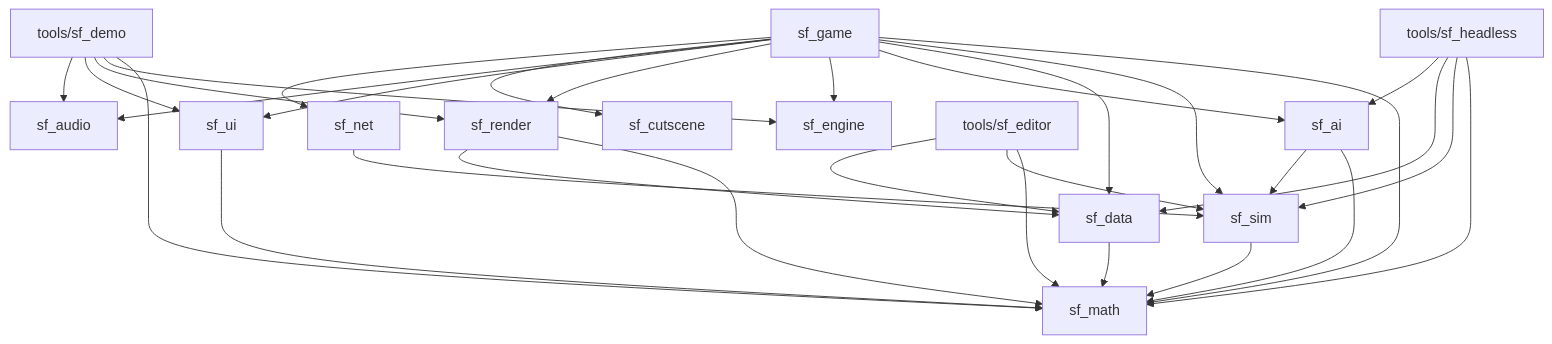
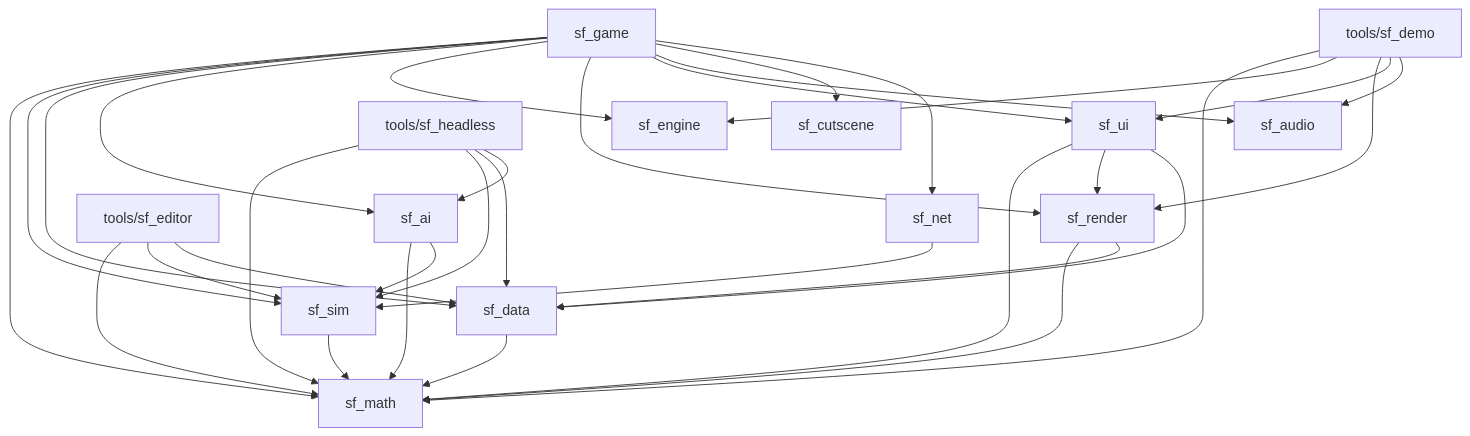
One commit to ultrasonicoverdrive/staalfront changed the diagram in docs/architecture.md. Above: the diagram before and after it, drawn with Mermaid. The commit also changed other lines of this file and 27 other files, not shown here.

````diff
--- a/docs/architecture.md
+++ b/docs/architecture.md
@@ -44,33 +44,35 @@
 ```mermaid
 graph TD
   sf_sim --> sf_math
   sf_data --> sf_math
   sf_ai --> sf_math
   sf_ai --> sf_sim
   sf_render --> sf_math
   sf_render --> sf_data
   sf_ui --> sf_math
+  sf_ui --> sf_render
+  sf_ui --> sf_data
   sf_net --> sf_sim
   sf_game --> sf_math
   sf_game --> sf_sim
   sf_game --> sf_data
   sf_game --> sf_ai
   sf_game --> sf_engine
   sf_game --> sf_render
   sf_game --> sf_ui
   sf_game --> sf_audio
   sf_game --> sf_cutscene
   sf_game --> sf_net
   sf_headless[tools/sf_headless] --> sf_math
   sf_headless --> sf_sim
   sf_headless --> sf_data
   sf_headless --> sf_ai
   sf_demo[tools/sf_demo] --> sf_math
   sf_demo --> sf_engine
   sf_demo --> sf_render
   sf_demo --> sf_ui
   sf_demo --> sf_audio
   sf_editor[tools/sf_editor] --> sf_math
   sf_editor --> sf_sim
   sf_editor --> sf_data
 ```
````
